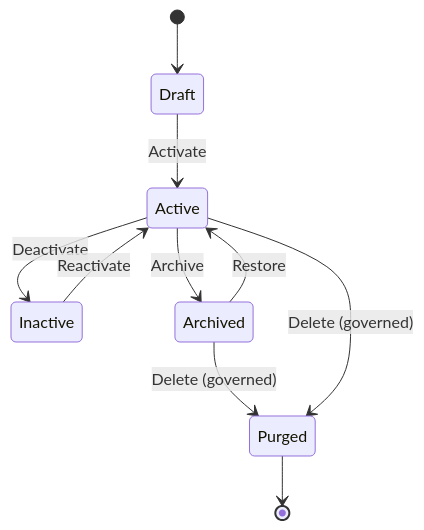
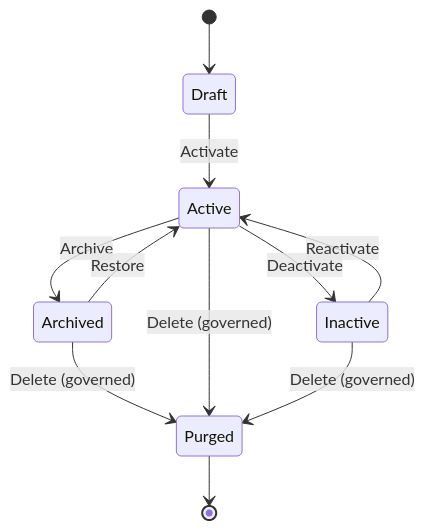
One commit to RohitPatelAtharva/hospital-erp-enterprise changed the third of 4 diagrams in docs/modules/master-data/07-Domain-Model.md. Above: the diagram before and after it, drawn with Mermaid. The commit also changed other lines of this file and 17 other files, not shown here.

Commit message:
docs(architecture): lock master data phase 2 database architecture

````diff
--- a/docs/modules/master-data/07-Domain-Model.md
+++ b/docs/modules/master-data/07-Domain-Model.md
@@ -400,12 +416,13 @@
 ```mermaid
 stateDiagram-v2
     [*] --> Draft
     Draft --> Active: Activate
     Active --> Inactive: Deactivate
     Inactive --> Active: Reactivate
     Active --> Archived: Archive
     Archived --> Active: Restore
     Archived --> Purged: Delete (governed)
     Active --> Purged: Delete (governed)
+    Inactive --> Purged: Delete (governed)
     Purged --> [*]
 ```
````
